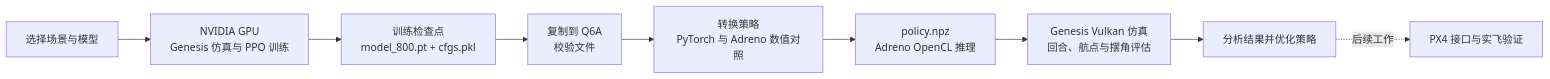
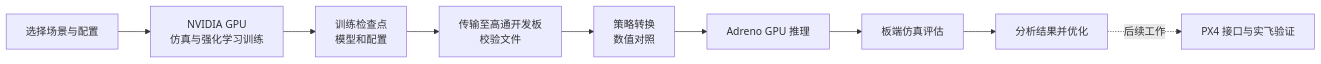
Before and after one commit to sheetung/flare_q6a: the diagram in README.md, drawn with Mermaid. The commit also changed other lines of this file and 1 other file, not shown here.

````diff
--- a/README.md
+++ b/README.md
@@ -5,11 +5,11 @@
 ```mermaid
 flowchart LR
-    A[选择场景与模型] --> B[NVIDIA GPU<br/>Genesis 仿真与 PPO 训练]
-    B --> C[训练检查点<br/>model_800.pt + cfgs.pkl]
-    C --> D[复制到 Q6A<br/>校验文件]
-    D --> E[转换策略<br/>PyTorch 与 Adreno 数值对照]
-    E --> F[policy.npz<br/>Adreno OpenCL 推理]
-    F --> G[Genesis Vulkan 仿真<br/>回合、航点与摆角评估]
-    G --> H[分析结果并优化策略]
+    A[选择场景与配置] --> B[NVIDIA GPU<br/>仿真与强化学习训练]
+    B --> C[训练检查点<br/>模型和配置]
+    C --> D[传输至高通开发板<br/>校验文件]
+    D --> E[策略转换<br/>数值对照]
+    E --> F[Adreno GPU 推理]
+    F --> G[板端仿真评估]
+    G --> H[分析结果并优化]
     H -. 后续工作 .-> I[PX4 接口与实飞验证]
 ```
````
